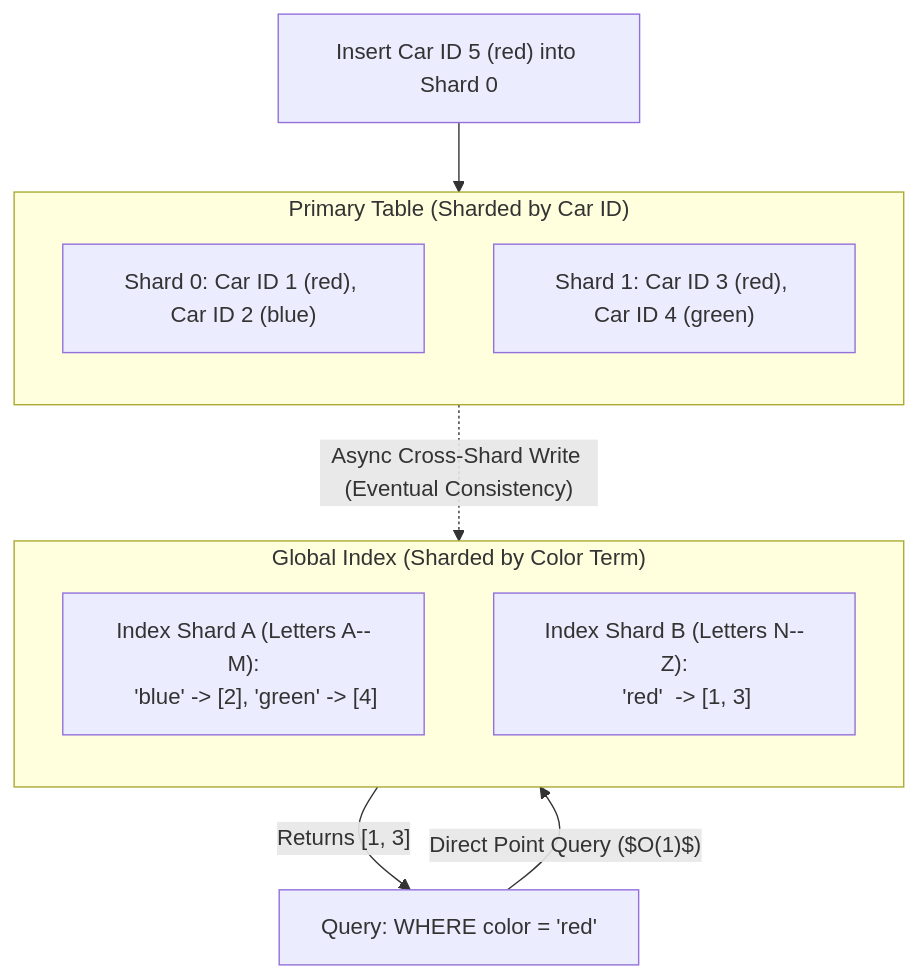
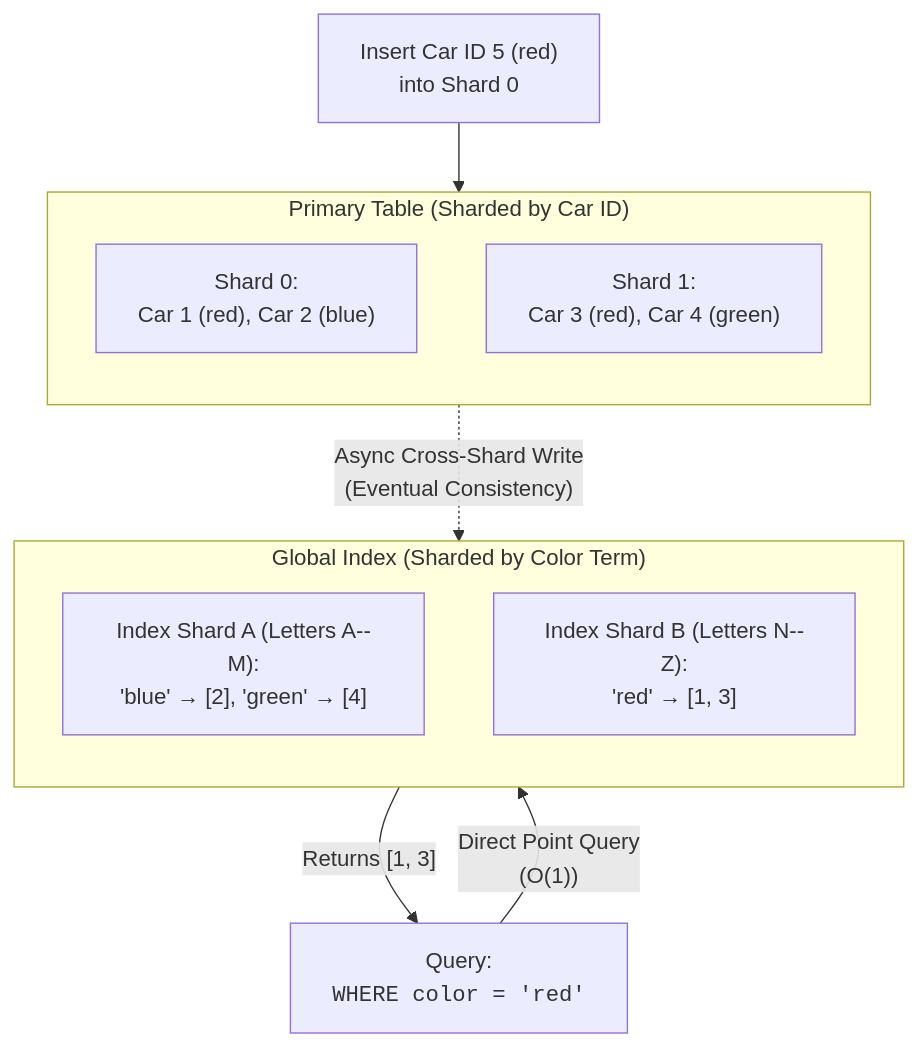
The tenth of 10 diagrams in 01 Designing Data-Intensive Applications/chapter-07-sharding.md (1mimhe/books-summery), drawn with Mermaid before and after one commit. The commit also changed other lines of this file and 1 other file, not shown here.

````diff
--- a/01 Designing Data-Intensive Applications/chapter-07-sharding.md
+++ b/01 Designing Data-Intensive Applications/chapter-07-sharding.md
@@ -470,22 +445,20 @@
 ```mermaid
 flowchart TD
   subgraph PRIMARY_DATA["Primary Table (Sharded by Car ID)"]
     direction TB
-    P0["Shard 0: Car ID 1 (red), Car ID 2 (blue)"]
-    P1["Shard 1: Car ID 3 (red), Car ID 4 (green)"]
+    P0["Shard 0:<br/>Car 1 (red), Car 2 (blue)"]
+    P1["Shard 1:<br/>Car 3 (red), Car 4 (green)"]
   end
 
   subgraph GLOBAL_INDEX["Global Index (Sharded by Color Term)"]
     direction TB
-    G0["Index Shard A (Letters A--M):
-    'blue' -> [2], 'green' -> [4]"]
-    G1["Index Shard B (Letters N--Z):
-    'red'  -> [1, 3]"]
+    G0["Index Shard A (Letters A--M):<br/>'blue' &rarr; [2], 'green' &rarr; [4]"]
+    G1["Index Shard B (Letters N--Z):<br/>'red' &rarr; [1, 3]"]
   end
 
-  WRITE["Insert Car ID 5 (red) into Shard 0"] --> P0
-  P0 -.->|"Async Cross-Shard Write (Eventual Consistency)"| G1
+  WRITE["Insert Car ID 5 (red)<br/>into Shard 0"] --> P0
+  P0 -.->|"Async Cross-Shard Write<br/>(Eventual Consistency)"| G1
 
-  READ["Query: WHERE color = 'red'"] -->|"Direct Point Query ($O(1)$)"| G1
+  READ["Query:<br/><code>WHERE color = 'red'</code>"] -->|"Direct Point Query<br/>(O(1))"| G1
   G1 -->|"Returns [1, 3]"| READ
 ```
````
